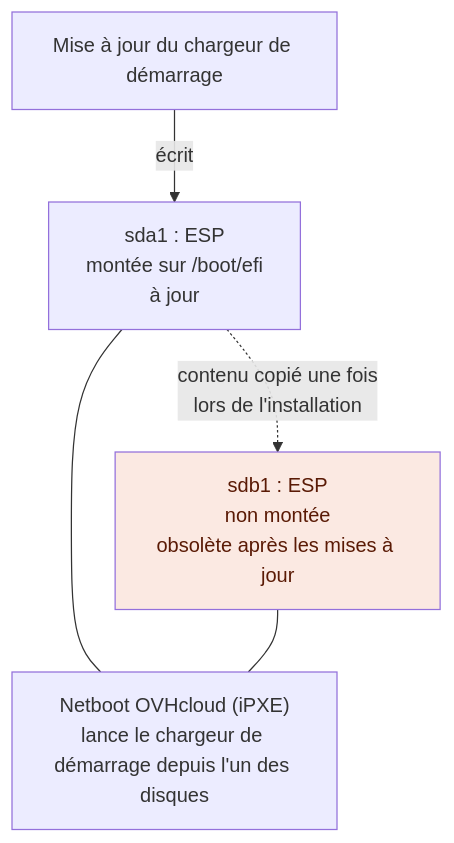
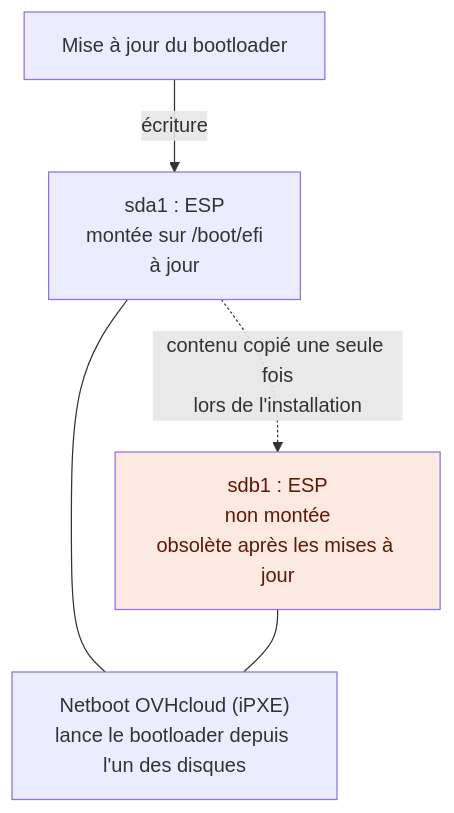
The first of 2 diagrams in docs/fr/guides/bare-metal-cloud/dedicated-servers/efi-system-partition.mdx (ovh/ovhcloud-docs), drawn with Mermaid before and after one commit. The commit also changed other lines of this file and 2 other files, not shown here.

First line of the commit message:
docs(dedicated-servers): proofread the French ESP overview

````diff
--- a/docs/fr/guides/bare-metal-cloud/dedicated-servers/efi-system-partition.mdx
+++ b/docs/fr/guides/bare-metal-cloud/dedicated-servers/efi-system-partition.mdx
@@ -32,12 +40,12 @@
 ```mermaid
 flowchart TB
     accTitle: Une ESP par disque
-    accDescr: Les mises à jour du chargeur de démarrage n'écrivent que dans l'ESP montée sur /boot/efi, sur sda1. L'ESP de sdb1 a reçu le contenu de sda1 une seule fois lors de l'installation et devient obsolète, mais iPXE peut lancer le chargeur de démarrage depuis l'un ou l'autre disque.
-    U["Mise à jour du chargeur de démarrage"] -->|"écrit"| A
+    accDescr: Les mises à jour du bootloader n'écrivent que dans l'ESP montée sur /boot/efi, sur sda1. Le contenu de sda1 a été copié une seule fois vers l'ESP sdb1 lors de l'installation. L'ESP sdb1 devient ensuite obsolète, mais iPXE peut lancer le bootloader depuis n'importe quel disque.
+    U["Mise à jour du bootloader"] -->|"écriture"| A
     A["sda1 : ESP<br/>montée sur /boot/efi<br/>à jour"]
-    A -.->|"contenu copié une fois<br/>lors de l'installation"| B
+    A -.->|"contenu copié une seule fois<br/>lors de l'installation"| B
     B["sdb1 : ESP<br/>non montée<br/>obsolète après les mises à jour"]
-    A --- N["Netboot OVHcloud (iPXE)<br/>lance le chargeur de démarrage depuis l'un des disques"]
+    A --- N["Netboot OVHcloud (iPXE)<br/>lance le bootloader depuis l'un des disques"]
     B --- N
     style B fill:#fbe9e2,color:#5a1a05
 ```
````
